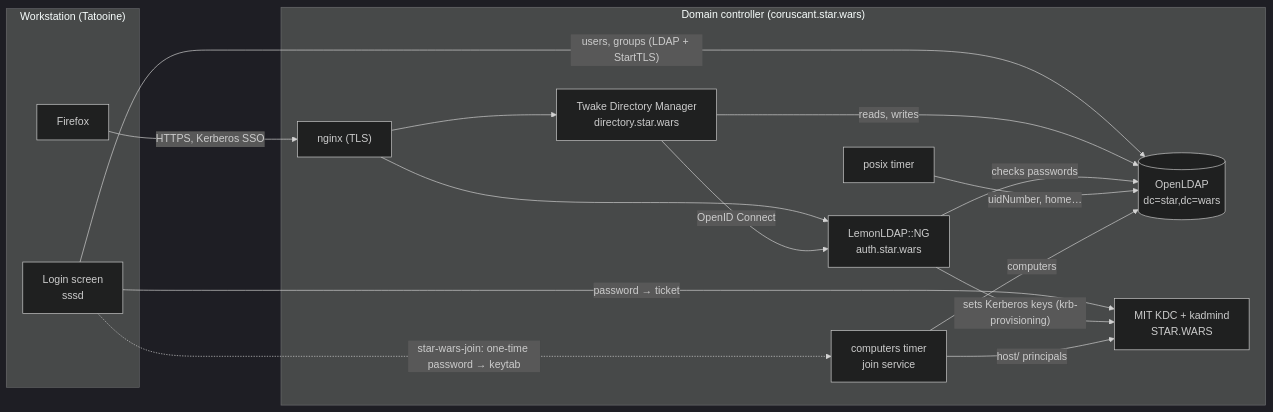
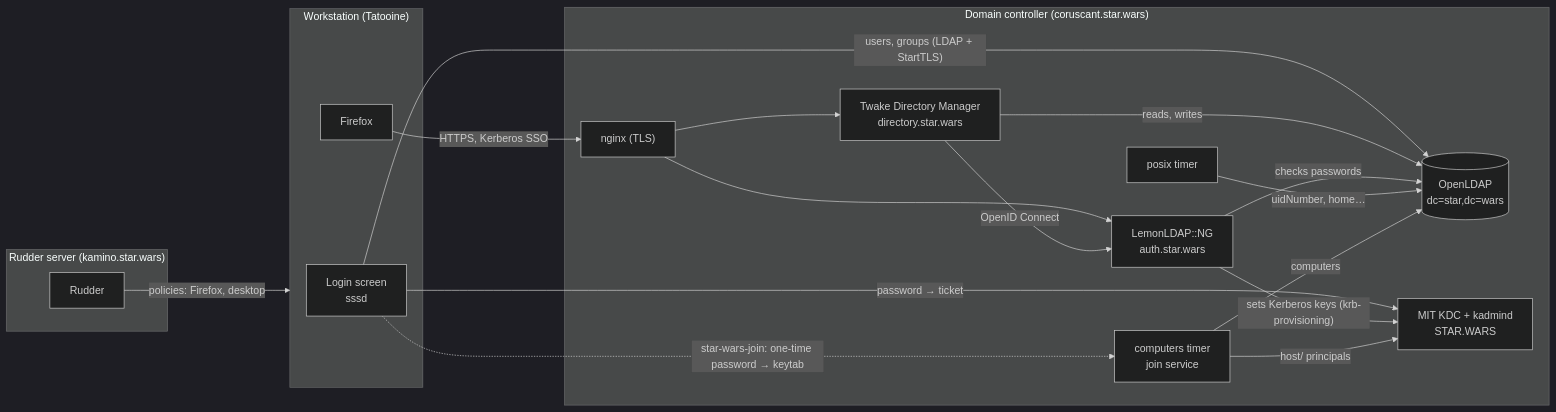
The diagram in README.md (linagora/krb-demo), drawn with Mermaid (dark theme) before and after one commit. The commit also changed other lines of this file and 9 other files, not shown here.

````diff
--- a/README.md
+++ b/README.md
@@ -19,29 +22,33 @@
 ```mermaid
 flowchart LR
   subgraph pc["Workstation (Tatooine)"]
     login["Login screen<br/>sssd"]
     ff["Firefox"]
   end
   subgraph coruscant["Domain controller (coruscant.star.wars)"]
     nginx["nginx (TLS)"]
     llng["LemonLDAP::NG<br/>auth.star.wars"]
     tdm["Twake Directory Manager<br/>directory.star.wars"]
     slapd[("OpenLDAP<br/>dc=star,dc=wars")]
     kdc["MIT KDC + kadmind<br/>STAR.WARS"]
     posix["posix timer"]
     comp["computers timer<br/>join service"]
   end
+  subgraph kamino["Rudder server (kamino.star.wars)"]
+    rudder["Rudder"]
+  end
   login -- "users, groups (LDAP + StartTLS)" --> slapd
   login -- "password → ticket" --> kdc
   ff -- "HTTPS, Kerberos SSO" --> nginx
   nginx --> llng
   nginx --> tdm
   tdm -- "OpenID Connect" --> llng
   tdm -- "reads, writes" --> slapd
   llng -- "checks passwords" --> slapd
   llng -- "sets Kerberos keys (krb-provisioning)" --> kdc
   posix -- "uidNumber, home…" --> slapd
   comp -- "computers" --> slapd
   comp -- "host/ principals" --> kdc
   login -. "star-wars-join: one-time password → keytab" .-> comp
+  rudder -- "policies: Firefox, desktop" --> pc
 ```
````
